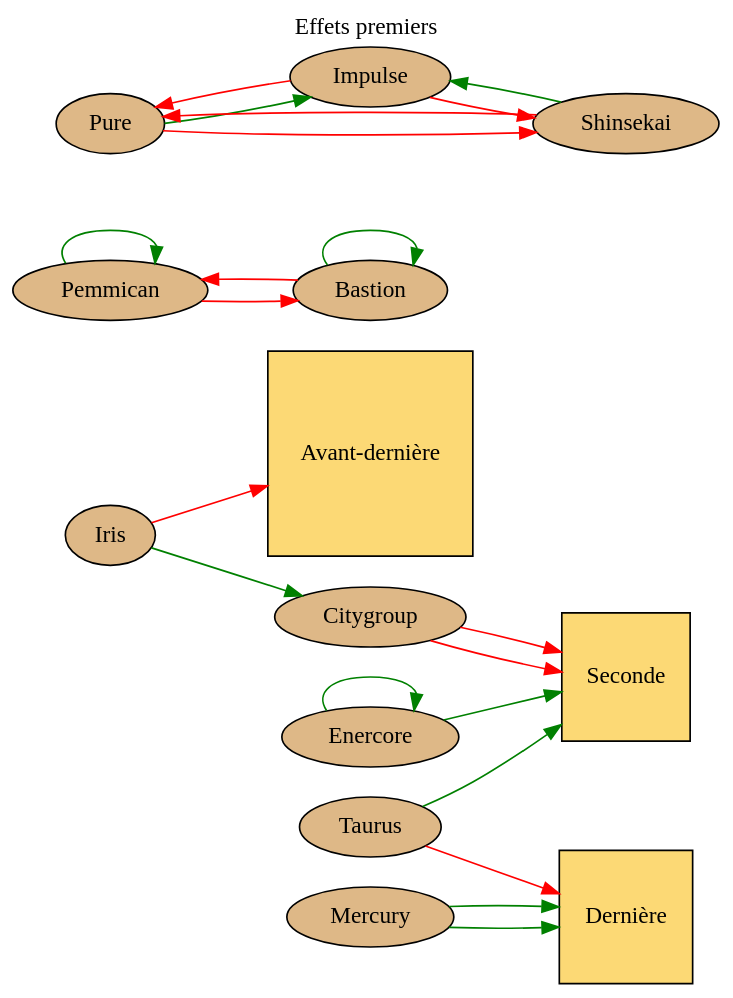
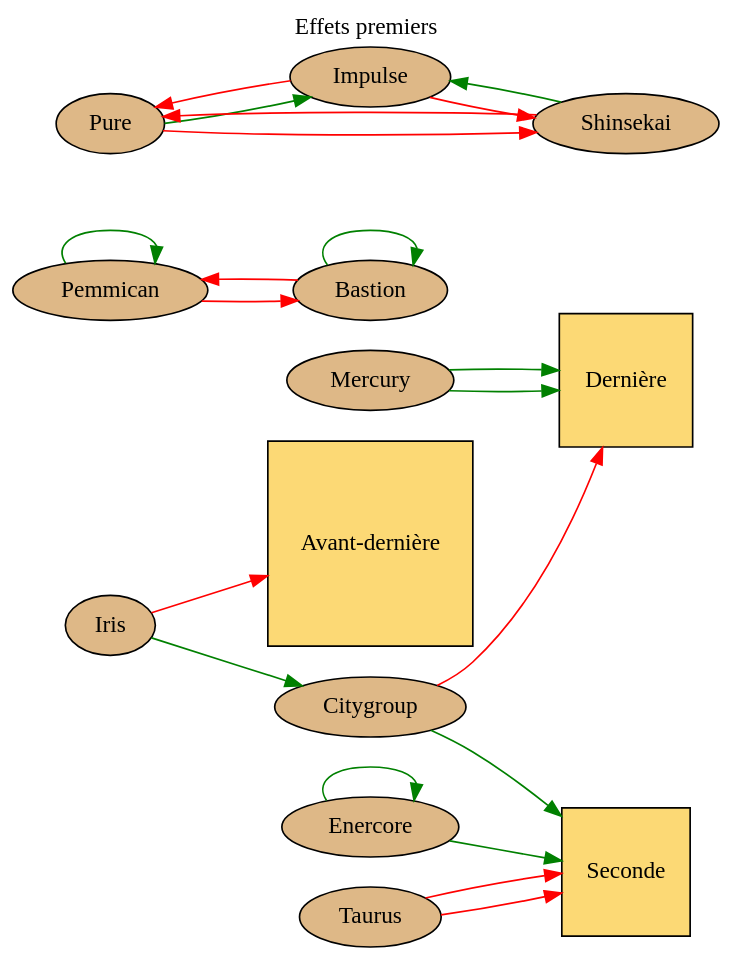
The diagram in data/cities/detroit/graphviz/first.dot (Neamar/corporate), drawn with Graphviz before and after one commit. The commit also changed 1 other file, not shown here.

Commit message:
Inverted Taurus and Citygroup

```diff
--- a/data/cities/detroit/graphviz/first.dot
+++ b/data/cities/detroit/graphviz/first.dot
@@ -1,55 +1,55 @@
 # dot -T svg data/cities/detroit/graphviz/first.dot > website/static/graphviz/detroit/first.svg
 digraph g{
 	graph [
 			rankdir = "LR"
 			bgcolor=transparent
 	];
 	// title
 	labelloc="t";
 	label="Effets premiers";
 
 	second [shape=square, fillcolor="#FCD975", style="filled", label="Seconde"];
 	avantdernier [shape=square, fillcolor="#FCD975", style="filled", label="Avant-dernière"];
 	dernier [shape=square, fillcolor="#FCD975", style="filled", label="Dernière"];
 
 	pemmican [shape=ellipse, fillcolor="burlywood", style="filled", label="Pemmican"];
 	bastion [shape=ellipse, fillcolor="burlywood", style="filled", label="Bastion"];
 	citygroup [shape=ellipse, fillcolor="burlywood", style="filled", label="Citygroup"];
 	enercore [shape=ellipse, fillcolor="burlywood", style="filled", label="Enercore"];
 	iris [shape=ellipse, fillcolor="burlywood",style="filled", label="Iris"];
 	mercury [shape=ellipse, fillcolor="burlywood", style="filled", label="Mercury"];
 	pure [shape=ellipse, fillcolor="burlywood", style="filled", label="Pure"];
 	impulse [shape=ellipse, fillcolor="burlywood", style="filled", label="Impulse"];
 	shinsekai [shape=ellipse, fillcolor="burlywood", style="filled", label="Shinsekai"];
 	taurus [shape=ellipse, fillcolor="burlywood", style="filled", label="Taurus"];
 
-	taurus -> dernier [color="red"];
-	taurus -> second [color="green"];
+	citygroup -> dernier [color="red"];
+	citygroup -> second [color="green"];
 
 	bastion -> pemmican [color="red"];
 	bastion -> bastion [color="green"];
 
 	pemmican -> pemmican [color="green"];
 	pemmican -> bastion [color="red"];
 
-	citygroup-> second [color="red"];
-	citygroup-> second [color="red"];
+	taurus-> second [color="red"];
+	taurus-> second [color="red"];
 
 	enercore -> enercore [color="green"];
 	enercore -> second [color="green"];
 
 	shinsekai -> pure [color="red"];
 	shinsekai -> impulse [color="green"];
 
 	impulse -> shinsekai [color="red"];
 	impulse -> pure [color="red"];
 
 	pure -> shinsekai [color="red"];
 	pure -> impulse [color="green"];
 
 	mercury -> dernier [color="green"];
 	mercury -> dernier [color="green"];
 
 	iris -> avantdernier [color="red"];
 	iris -> citygroup [color="green"];
 }
```
